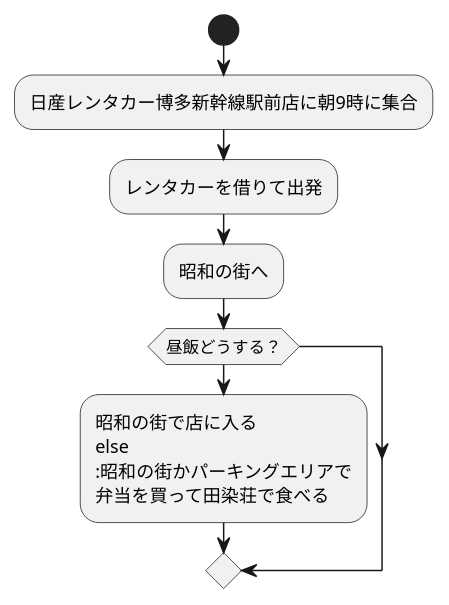
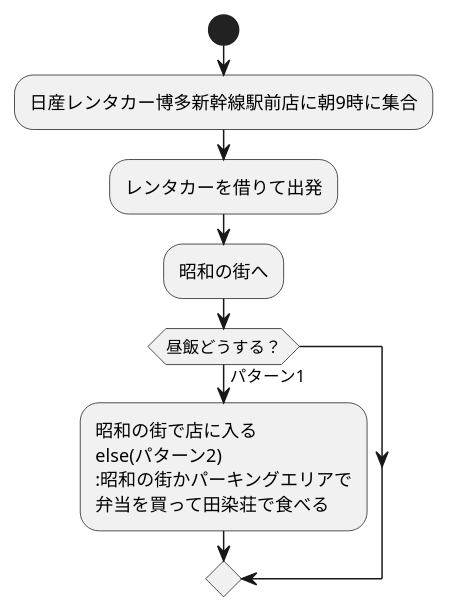
One commit to Aso2001369/2021sys-design changed the diagram in trip.md. Above: the diagram before and after it, drawn with PlantUML.

````diff
--- a/trip.md
+++ b/trip.md
@@ -1,15 +1,15 @@
 ```uml
 @startuml
 start
 
 :日産レンタカー博多新幹線駅前店に朝9時に集合;
 :レンタカーを借りて出発;
 :昭和の街へ;
-if(昼飯どうする？)then
+if(昼飯どうする？)then(パターン1)
 :昭和の街で店に入る
-else
+else(パターン2)
 :昭和の街かパーキングエリアで
 弁当を買って田染荘で食べる;
 endif
 @enduml
 ```
````
